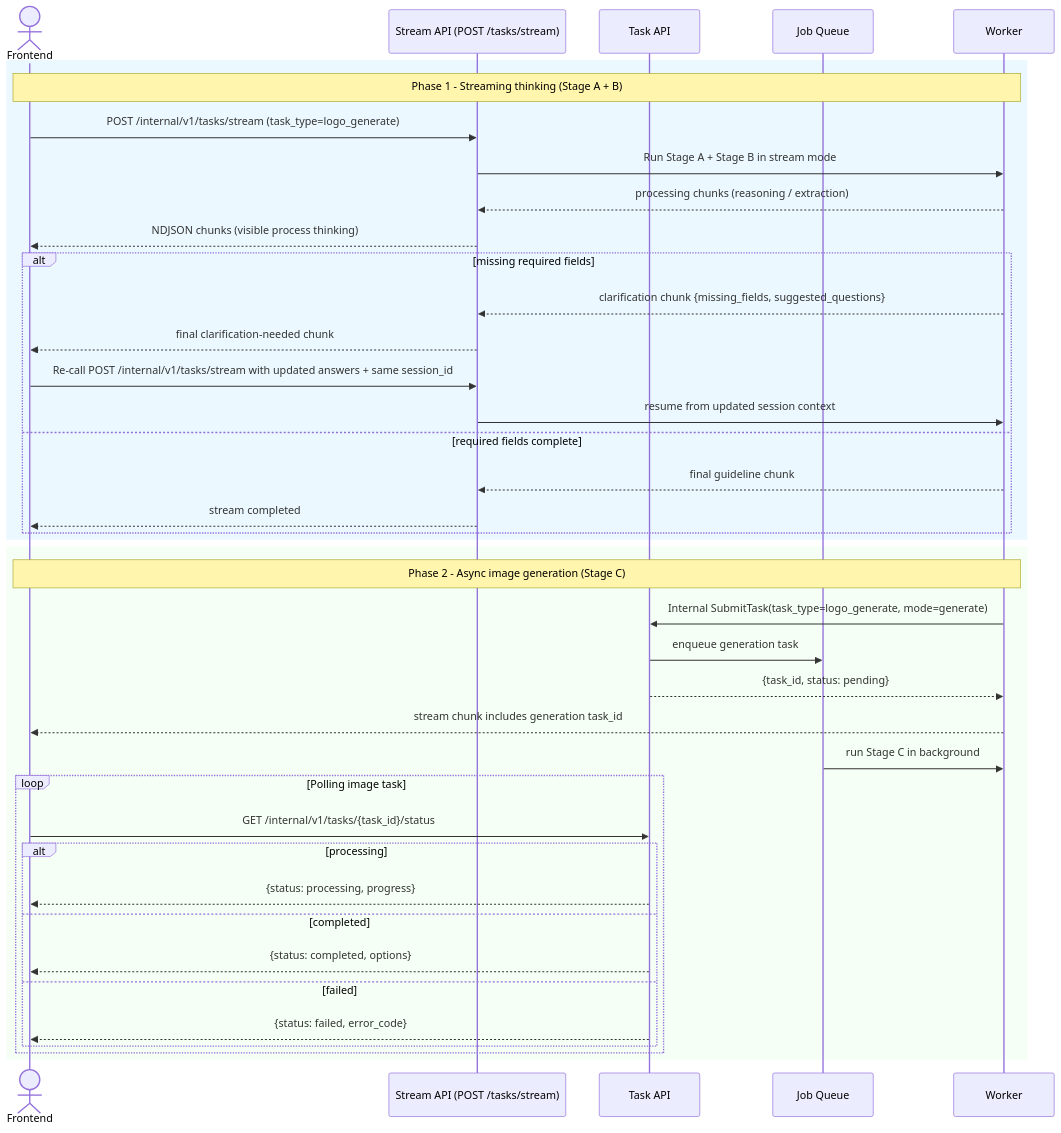
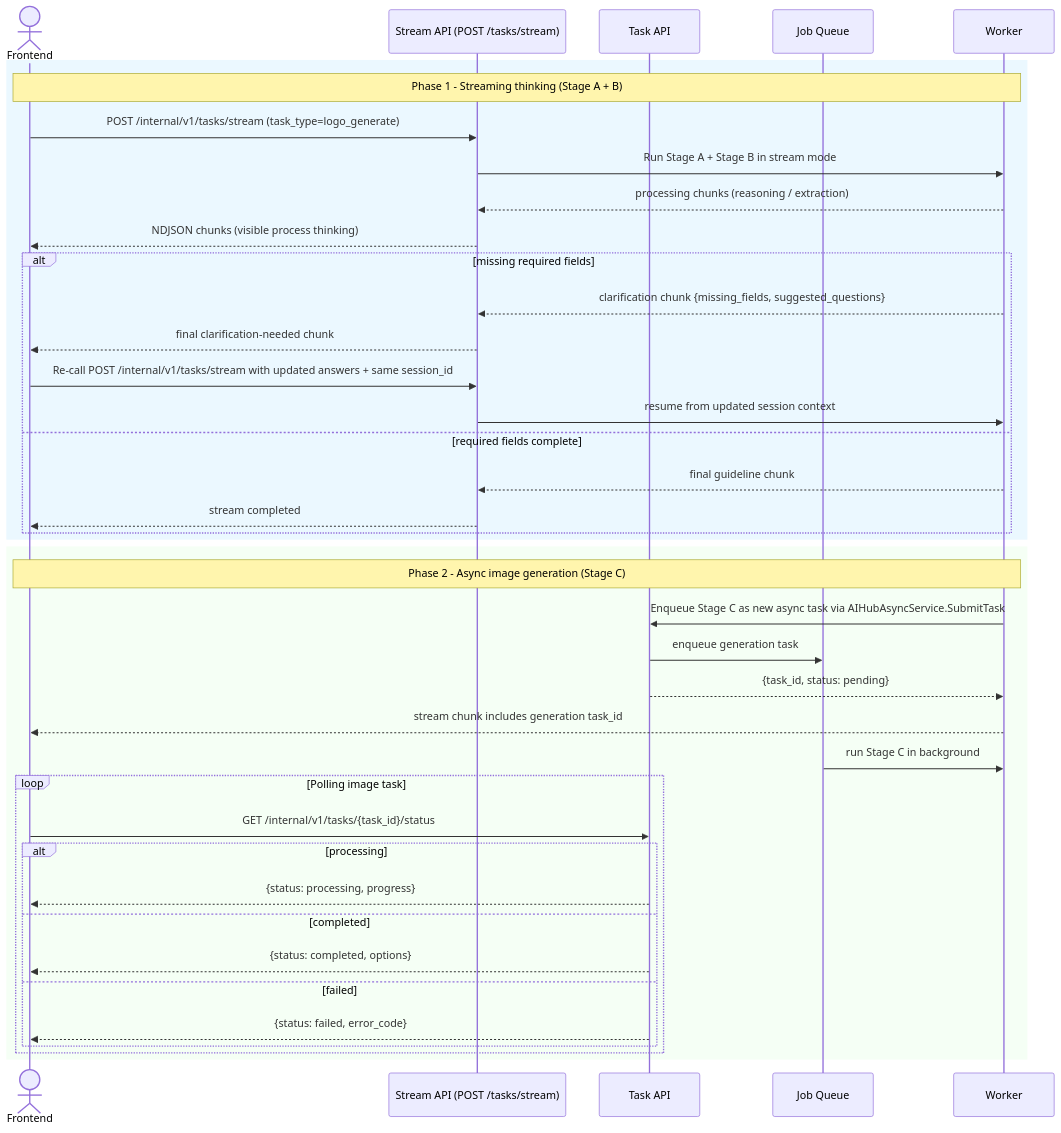
One commit to Ne4nf/Logo-design changed the third of 6 diagrams in specs/001-logo-design-agent/technical-design.md. Above: the diagram before and after it, drawn with Mermaid. The commit also changed other lines of this file, not shown here.

````diff
--- a/specs/001-logo-design-agent/technical-design.md
+++ b/specs/001-logo-design-agent/technical-design.md
@@ -235,44 +239,44 @@
 ```mermaid
 sequenceDiagram
   actor FE as Frontend
   participant S as Stream API (POST /tasks/stream)
   participant API as Task API
   participant Q as Job Queue
   participant WORKER as Worker
 
   rect rgb(235, 248, 255)
     Note over FE,WORKER: Phase 1 - Streaming thinking (Stage A + B)
     FE->>S: POST /internal/v1/tasks/stream (task_type=logo_generate)
     S->>WORKER: Run Stage A + Stage B in stream mode
     WORKER-->>S: processing chunks (reasoning / extraction)
     S-->>FE: NDJSON chunks (visible process thinking)
     alt missing required fields
       WORKER-->>S: clarification chunk {missing_fields, suggested_questions}
       S-->>FE: final clarification-needed chunk
       FE->>S: Re-call POST /internal/v1/tasks/stream with updated answers + same session_id
       S->>WORKER: resume from updated session context
     else required fields complete
       WORKER-->>S: final guideline chunk
       S-->>FE: stream completed
     end
   end
 
   rect rgb(245, 255, 245)
     Note over FE,WORKER: Phase 2 - Async image generation (Stage C)
-    WORKER->>API: Internal SubmitTask(task_type=logo_generate, mode=generate)
+    WORKER->>API: Enqueue Stage C as new async task via AIHubAsyncService.SubmitTask
     API->>Q: enqueue generation task
     API-->>WORKER: {task_id, status: pending}
     WORKER-->>FE: stream chunk includes generation task_id
     Q->>WORKER: run Stage C in background
     loop Polling image task
       FE->>API: GET /internal/v1/tasks/{task_id}/status
       alt processing
         API-->>FE: {status: processing, progress}
       else completed
         API-->>FE: {status: completed, options}
       else failed
         API-->>FE: {status: failed, error_code}
       end
     end
   end
 ```
````
